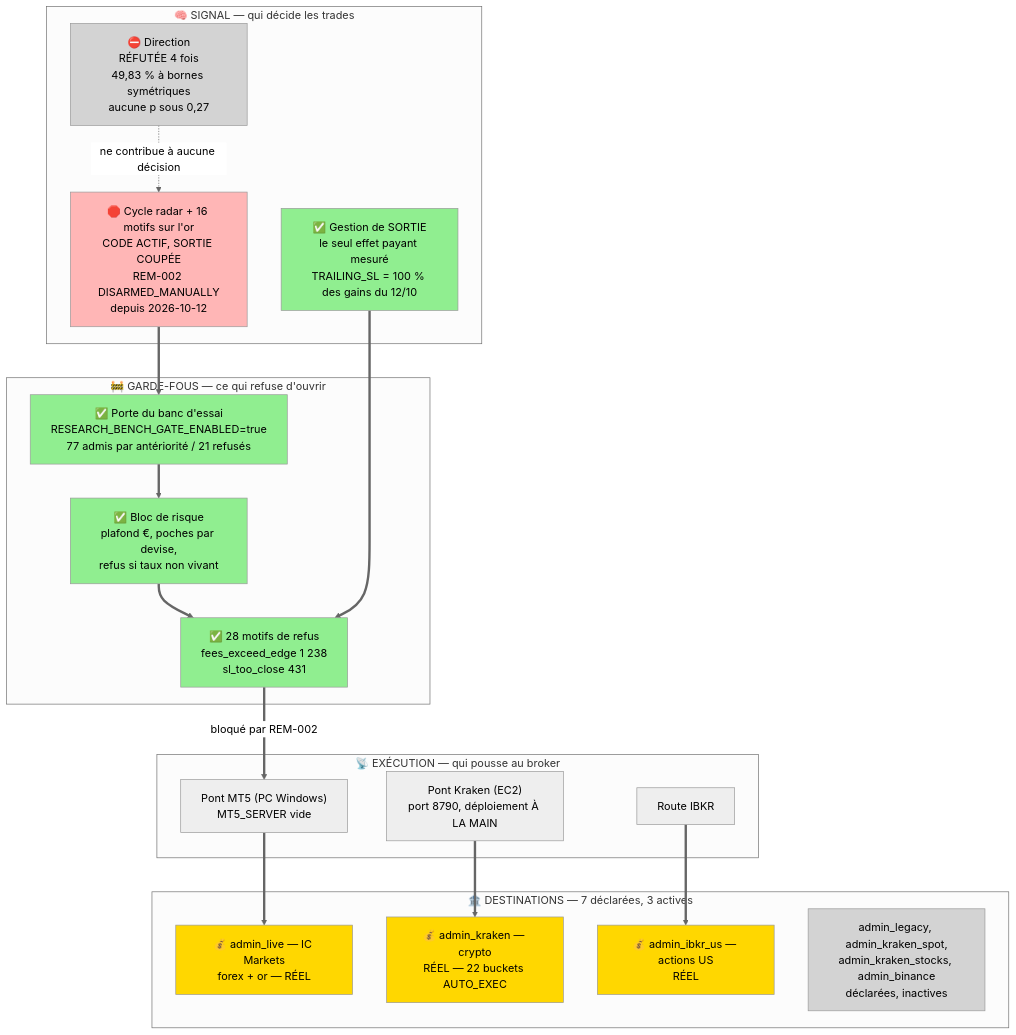
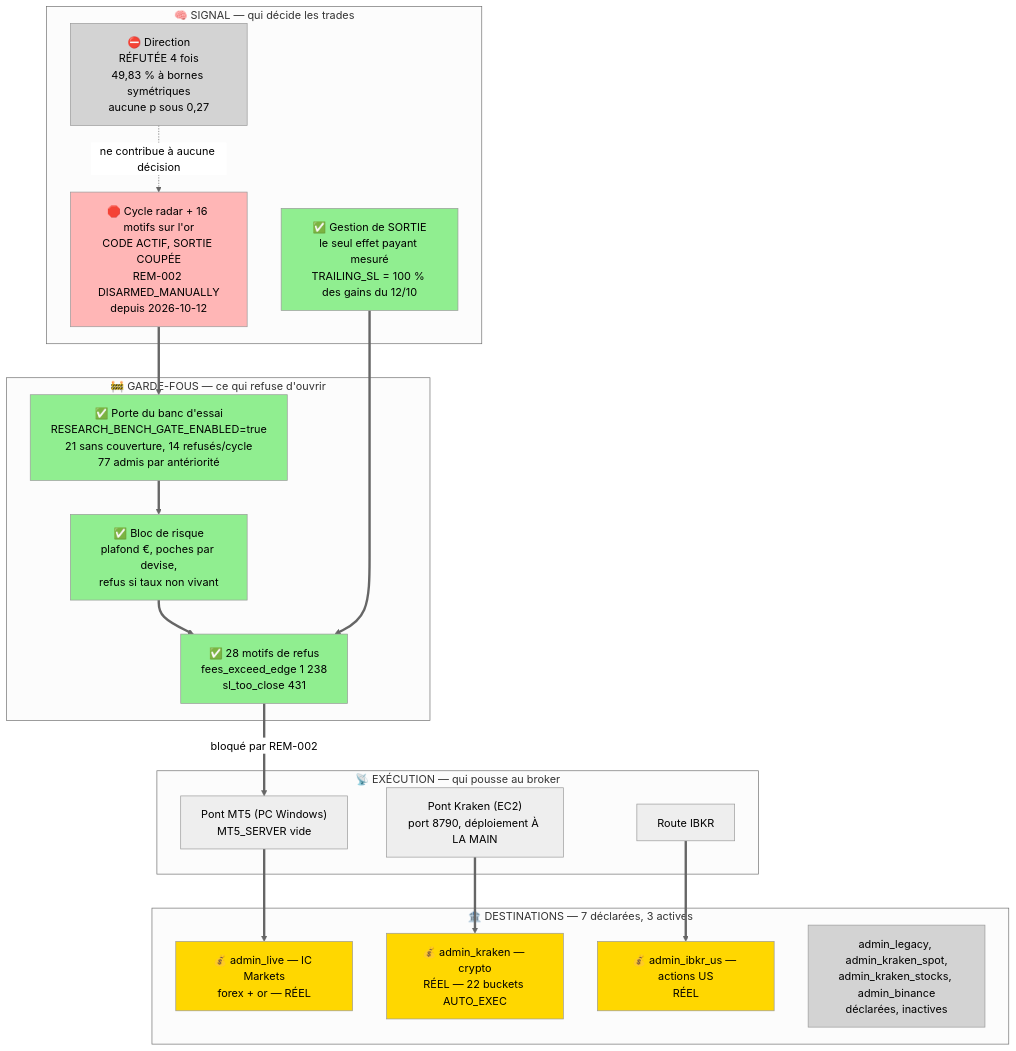
One commit to xav916/scalping changed the diagram in docs/architecture-current-state.md. Above: the diagram before and after it, drawn with Mermaid (neutral theme). The commit also changed other lines of this file and 1 other file, not shown here.

First line of the commit message:
docs: ce que la porte du banc refuse VRAIMENT -- 14 par cycle, pas 21

````diff
--- a/docs/architecture-current-state.md
+++ b/docs/architecture-current-state.md
@@ -26,48 +26,48 @@
 ```mermaid
 flowchart TB
     subgraph SIGNAL["🧠 SIGNAL — qui décide les trades"]
         RADAR["🛑 Cycle radar + 16 motifs sur l'or<br/>CODE ACTIF, SORTIE COUPÉE<br/>REM-002 DISARMED_MANUALLY<br/>depuis 2026-10-12"]
         DIR["⛔ Direction<br/>RÉFUTÉE 4 fois<br/>49,83 % à bornes symétriques<br/>aucune p sous 0,27"]
         SORTIE["✅ Gestion de SORTIE<br/>le seul effet payant mesuré<br/>TRAILING_SL = 100 % des gains du 12/10"]
     end
 
     subgraph GARDE["🚧 GARDE-FOUS — ce qui refuse d'ouvrir"]
-        BANC["✅ Porte du banc d'essai<br/>RESEARCH_BENCH_GATE_ENABLED=true<br/>77 admis par antériorité / 21 refusés"]
+        BANC["✅ Porte du banc d'essai<br/>RESEARCH_BENCH_GATE_ENABLED=true<br/>21 sans couverture, 14 refusés/cycle<br/>77 admis par antériorité"]
         RISQUE["✅ Bloc de risque<br/>plafond €, poches par devise,<br/>refus si taux non vivant"]
         MOTIFS["✅ 28 motifs de refus<br/>fees_exceed_edge 1 238<br/>sl_too_close 431"]
     end
 
     subgraph EXEC["📡 EXÉCUTION — qui pousse au broker"]
         MT5["Pont MT5 (PC Windows)<br/>MT5_SERVER vide"]
         KRAKEN["Pont Kraken (EC2)<br/>port 8790, déploiement À LA MAIN"]
         IBKR["Route IBKR"]
     end
 
     subgraph BROKER["🏦 DESTINATIONS — 7 déclarées, 3 actives"]
         LIVE["💰 admin_live — IC Markets<br/>forex + or — RÉEL"]
         KRK["💰 admin_kraken — crypto<br/>RÉEL — 22 buckets AUTO_EXEC"]
         IB["💰 admin_ibkr_us — actions US<br/>RÉEL"]
         DORM["admin_legacy, admin_kraken_spot,<br/>admin_kraken_stocks, admin_binance<br/>déclarées, inactives"]
     end
 
     RADAR ==> BANC
     BANC ==> RISQUE
     RISQUE ==> MOTIFS
     MOTIFS ==>|"bloqué par REM-002"| MT5
     MT5 ==> LIVE
     KRAKEN ==> KRK
     IBKR ==> IB
     DIR -.->|"ne contribue à aucune décision"| RADAR
     SORTIE ==> MOTIFS
 
     style RADAR fill:#FFB6B6
     style DIR fill:#D3D3D3
     style SORTIE fill:#90EE90
     style BANC fill:#90EE90
     style RISQUE fill:#90EE90
     style MOTIFS fill:#90EE90
     style LIVE fill:#FFD700
     style KRK fill:#FFD700
     style IB fill:#FFD700
     style DORM fill:#D3D3D3
 ```
````
